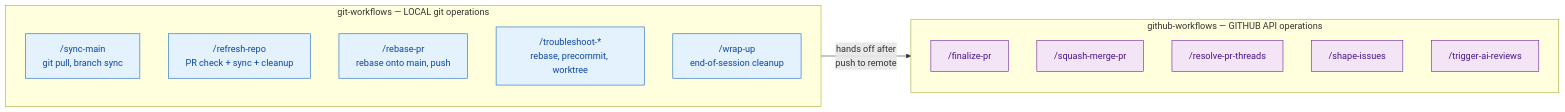
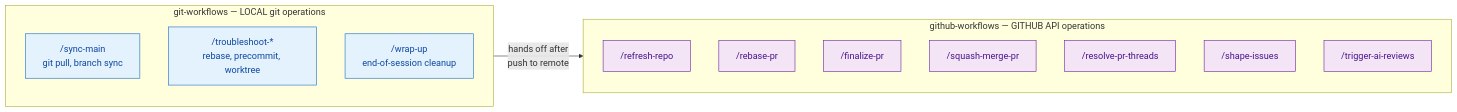
Before and after one commit to JacobPEvans/claude-code-plugins: the third of 3 diagrams in git-workflows/ARCHITECTURE.md, drawn with Mermaid. The commit also changed other lines of this file and 20 other files, not shown here.

````diff
--- a/git-workflows/ARCHITECTURE.md
+++ b/git-workflows/ARCHITECTURE.md
@@ -112,25 +78,25 @@
 ```mermaid
 flowchart LR
     classDef ai fill:#e3f2fd,stroke:#1565c0,color:#0d47a1
     classDef external fill:#f3e5f5,stroke:#6a1b9a,color:#4a148c
 
     subgraph local["git-workflows — LOCAL git operations"]
         direction TB
         sync_main["/sync-main\ngit pull, branch sync"]:::ai
-        refresh_repo["/refresh-repo\nPR check + sync + cleanup"]:::ai
-        rebase_pr["/rebase-pr\nrebase onto main, push"]:::ai
         ts["/troubleshoot-*\nrebase, precommit, worktree"]:::ai
         wrap_up["/wrap-up\nend-of-session cleanup"]:::ai
     end
 
     subgraph remote["github-workflows — GITHUB API operations"]
         direction TB
+        refresh_repo["/refresh-repo"]:::external
+        rebase_pr["/rebase-pr"]:::external
         finalize_pr["/finalize-pr"]:::external
         squash_merge_pr["/squash-merge-pr"]:::external
         resolve_threads["/resolve-pr-threads"]:::external
         shape_issues["/shape-issues"]:::external
         trigger_reviews["/trigger-ai-reviews"]:::external
     end
 
     local -- "hands off after\npush to remote" --> remote
 ```
````
